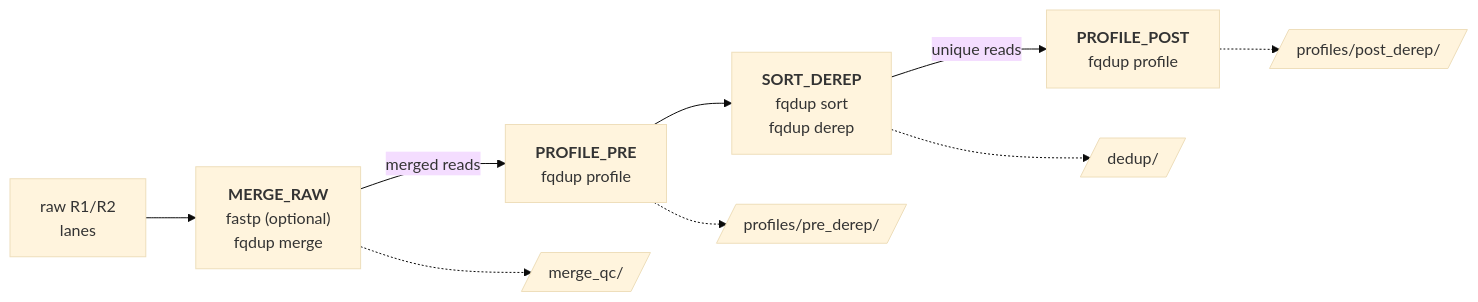
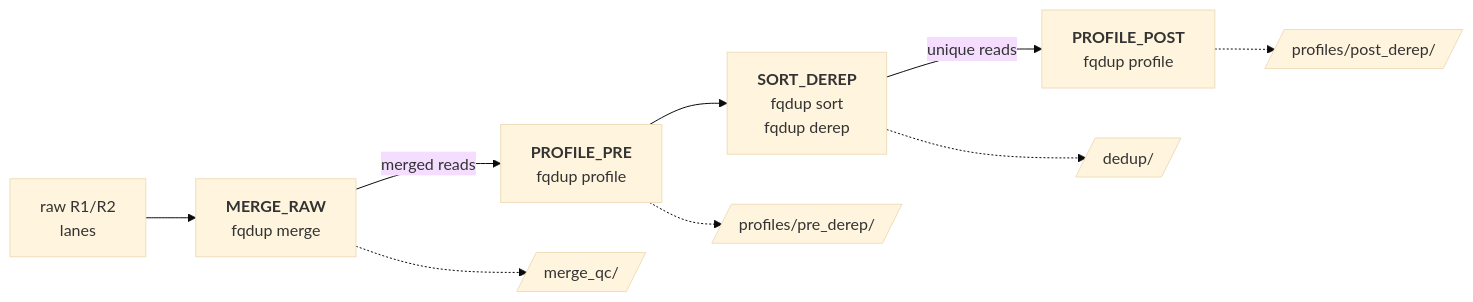
Before and after one commit to genomewalker/fqdup-qc-nextflow: the diagram in README.md, drawn with Mermaid (base theme). The commit also changed other lines of this file and 4 other files, not shown here.

````diff
--- a/README.md
+++ b/README.md
@@ -5,11 +5,11 @@
 ```mermaid
 flowchart LR
-    R["raw R1/R2<br/>lanes"] --> M["<b>MERGE_RAW</b><br/>fastp (optional)<br/>fqdup merge"]
+    R["raw R1/R2<br/>lanes"] --> M["<b>MERGE_RAW</b><br/>fqdup merge"]
     M -->|merged reads| P1["<b>PROFILE_PRE</b><br/>fqdup profile"]
     P1 --> D["<b>SORT_DEREP</b><br/>fqdup sort<br/>fqdup derep"]
     D -->|unique reads| P2["<b>PROFILE_POST</b><br/>fqdup profile"]
     M -.-> O1[/"merge_qc/"/]
     P1 -.-> O2[/"profiles/pre_derep/"/]
     D -.-> O3[/"dedup/"/]
     P2 -.-> O4[/"profiles/post_derep/"/]
 ```
````
